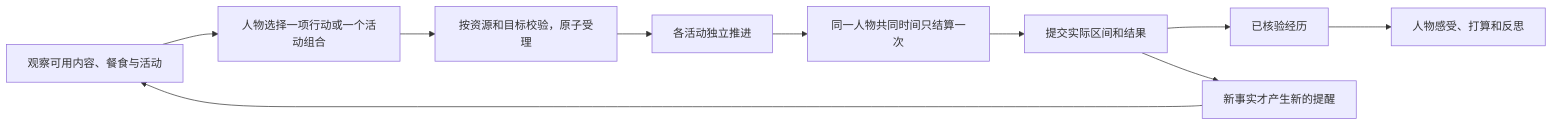
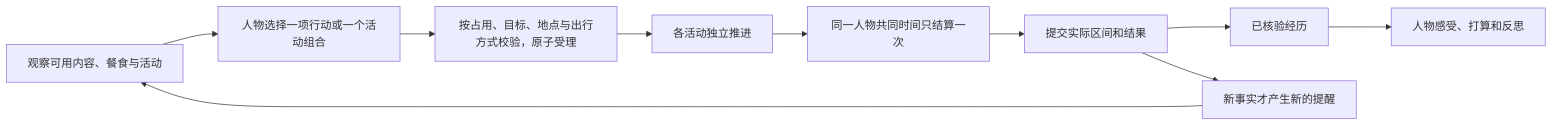
Before and after one commit to HoldThatThgt/WorldMock: the diagram in docs/dev/SPEC-dayrun-behavior.md, drawn with Mermaid. The commit also changed other lines of this file and 28 other files, not shown here.

````diff
--- a/docs/dev/SPEC-dayrun-behavior.md
+++ b/docs/dev/SPEC-dayrun-behavior.md
@@ -15,12 +17,12 @@
 ```mermaid
 flowchart LR
     O[观察可用内容、餐食与活动] --> A[人物选择一项行动或一个活动组合]
-    A --> C[按资源和目标校验，原子受理]
+    A --> C[按占用、目标、地点与出行方式校验，原子受理]
     C --> P[各活动独立推进]
     P --> B[同一人物共同时间只结算一次]
     B --> E[提交实际区间和结果]
     E --> F[已核验经历]
     F --> M[人物感受、打算和反思]
     E --> W[新事实才产生新的提醒]
     W --> O
 ```
````
